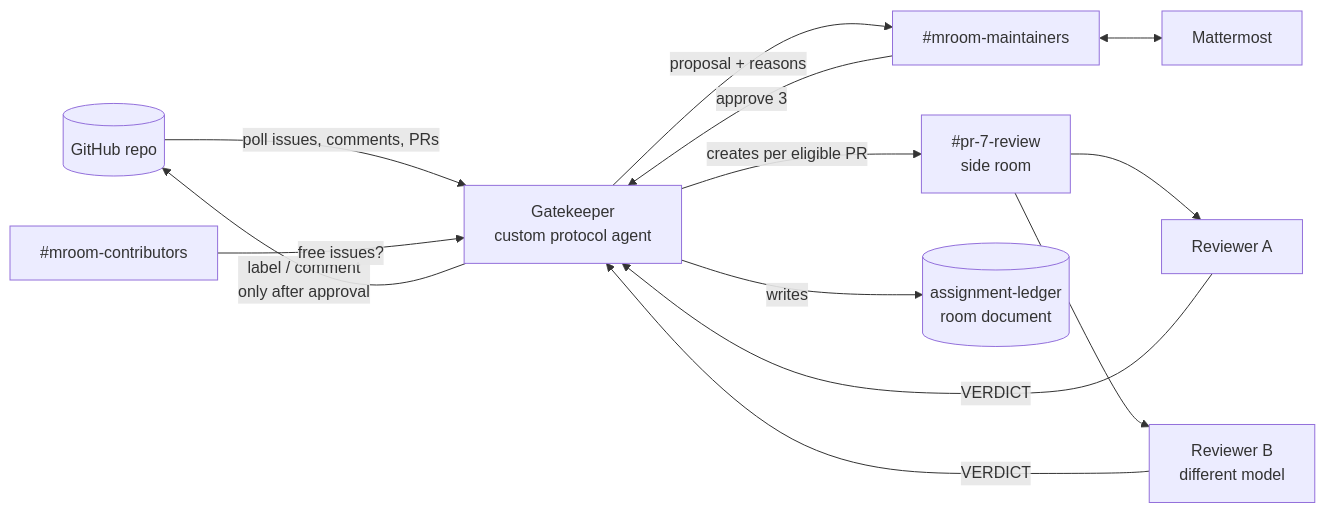
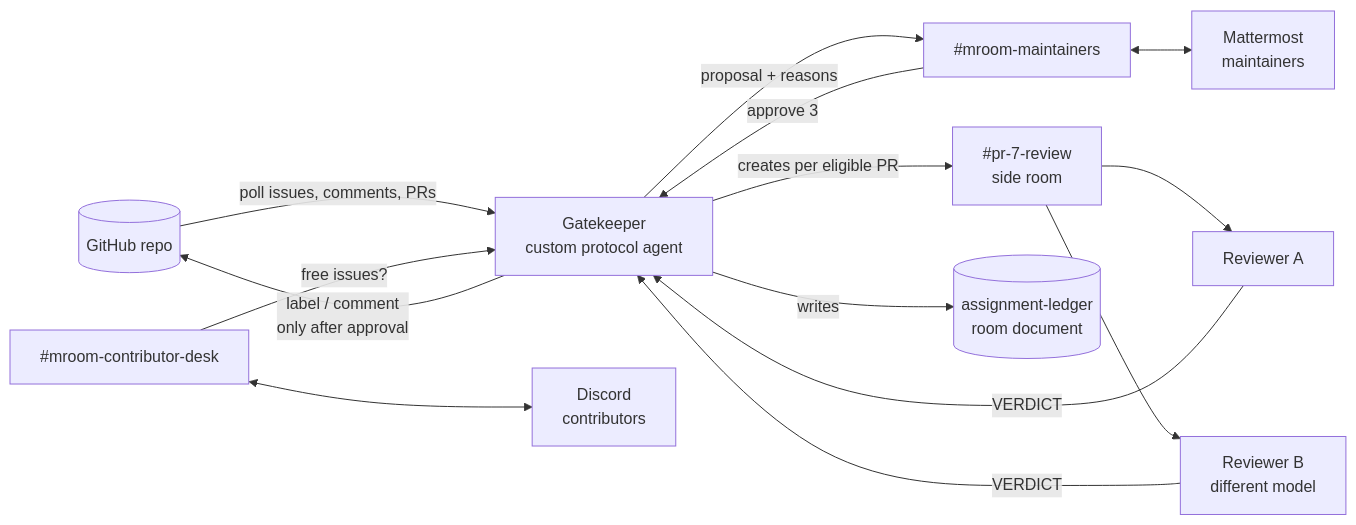
One commit to ArchitaAgrawal912/switch-maintainer-room changed the diagram in README.md. Above: the diagram before and after it, drawn with Mermaid. The commit also changed other lines of this file, not shown here.

Commit message:
docs: Discord contributor desk

````diff
--- a/README.md
+++ b/README.md
@@ -29,15 +29,16 @@
 ```mermaid
 flowchart LR
   GH[(GitHub repo)] -- poll issues, comments, PRs --> GK[Gatekeeper<br/>custom protocol agent]
   GK -- proposal + reasons --> MR["#mroom-maintainers"]
   MR -- "approve 3" --> GK
   GK -- label / comment<br/>only after approval --> GH
   GK -- creates per eligible PR --> SR["#pr-7-review<br/>side room"]
   SR --> A[Reviewer A]
   SR --> B[Reviewer B<br/>different model]
   A -- VERDICT --> GK
   B -- VERDICT --> GK
   GK -- writes --> LD[(assignment-ledger<br/>room document)]
-  CR["#mroom-contributors"] -- "free issues?" --> GK
-  MR <--> MM[Mattermost]
+  CR["#mroom-contributor-desk"] -- "free issues?" --> GK
+  MR <--> MM[Mattermost<br/>maintainers]
+  CR <--> DC[Discord<br/>contributors]
 ```
````
